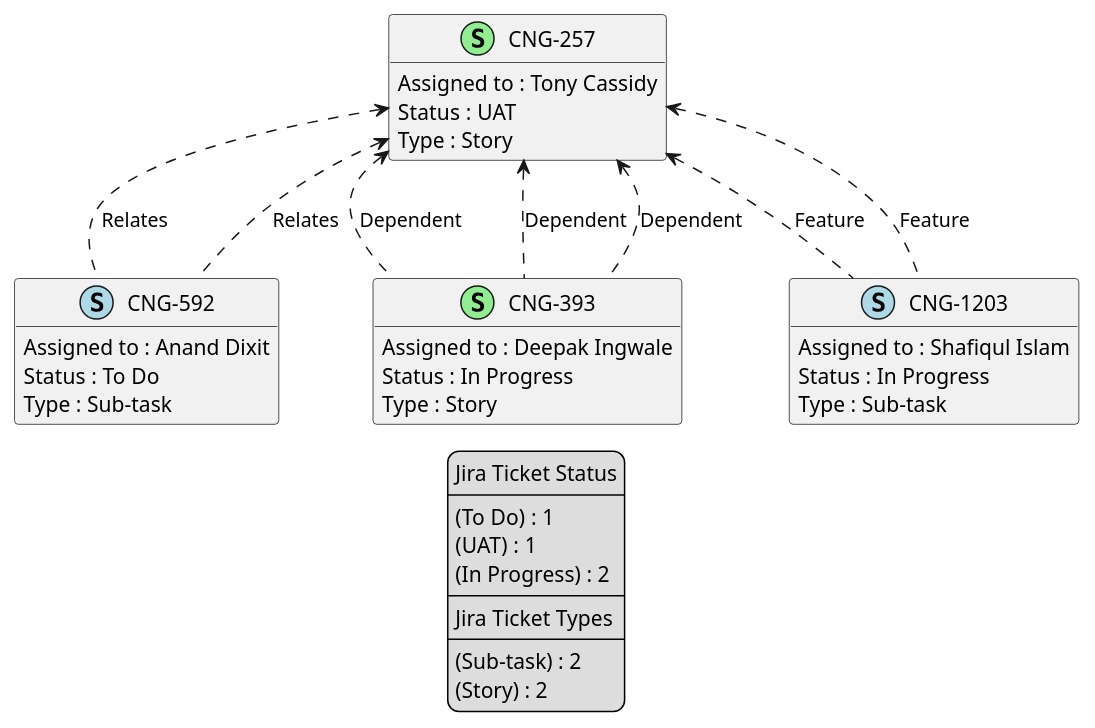
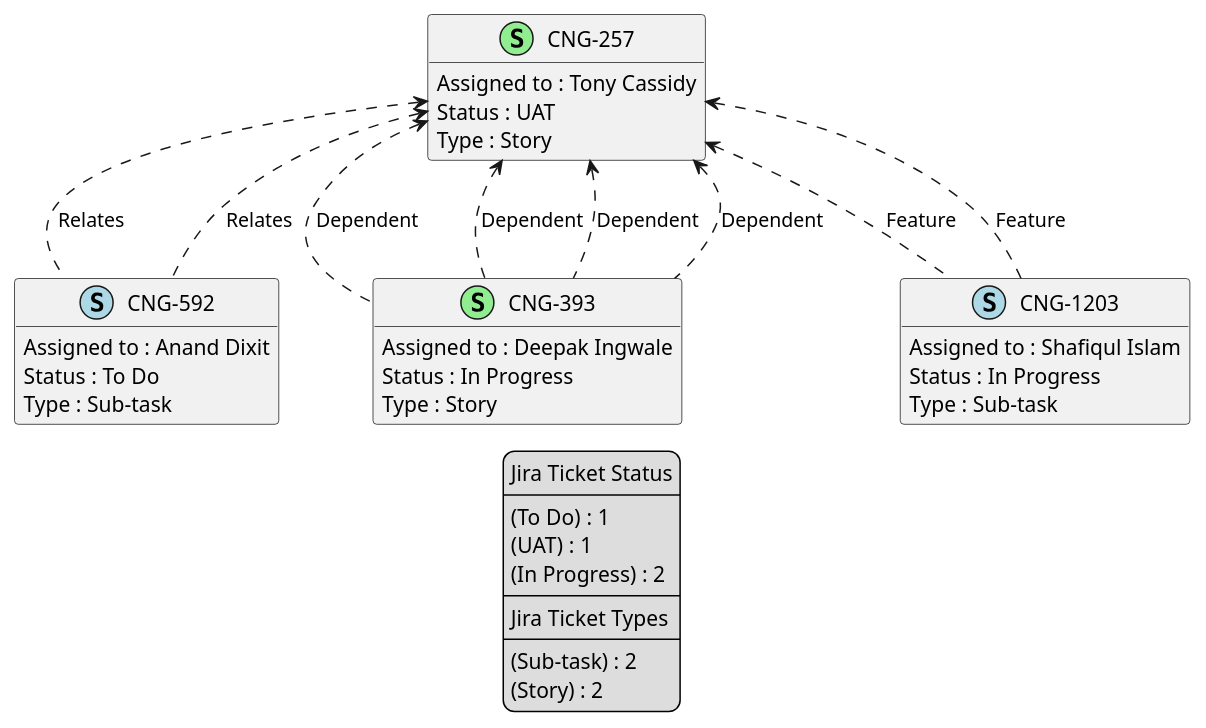
Before and after one commit to brunasti/jiraplotter: the diagram in temp/jira-Tony Cassidy.puml, drawn with PlantUML. The commit also changed 56 other files, not shown here.

```diff
--- a/temp/jira-Tony Cassidy.puml
+++ b/temp/jira-Tony Cassidy.puml
@@ -1,60 +1,61 @@
 @startuml
 'https://plantuml.com/class-diagram
 
 ' GENERATE CLASS DIAGRAM ===========
-' Generated at    : Mon Apr 15 14:04:21 CEST 2024
+' Generated at    : Mon Apr 15 15:10:51 CEST 2024
 
 hide empty members
 
 legend
 Jira Ticket Status
 ----
 (To Do) : 1
 (UAT) : 1
 (In Progress) : 2
 ----
 Jira Ticket Types
 ----
 (Sub-task) : 2
 (Story) : 2
 end legend
 
 
 ' Tickets =======
 class "CNG-592" << (S,lightblue) >> {
   Assigned to : Anand Dixit
   Status : To Do
   Type : Sub-task
 }
 
 class "CNG-393" << (S,lightgreen) >> {
   Assigned to : Deepak Ingwale
   Status : In Progress
   Type : Story
 }
 
 class "CNG-257" << (S,lightgreen) >> {
   Assigned to : Tony Cassidy
   Status : UAT
   Type : Story
 }
 
 class "CNG-1203" << (S,lightblue) >> {
   Assigned to : Shafiqul Islam
   Status : In Progress
   Type : Sub-task
 }
 
 
 
 ' Links =======
 "CNG-257" <.. "CNG-393" : Dependent
 "CNG-257" <.. "CNG-393" : Dependent
+"CNG-257" <.. "CNG-393" : Dependent
 "CNG-257" <.. "CNG-1203" : Feature
 "CNG-257" <.. "CNG-592" : Relates
 "CNG-257" <.. "CNG-393" : Dependent
 "CNG-257" <.. "CNG-1203" : Feature
 "CNG-257" <.. "CNG-592" : Relates
 
 
 @enduml
```
